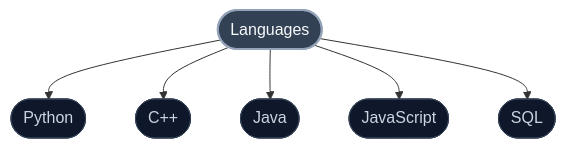
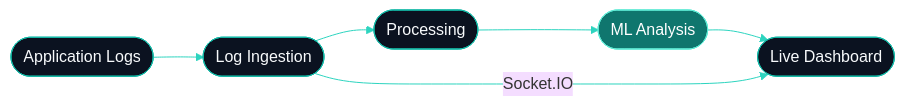
Before and after one commit to Rockyyy2312/Rockyyy2312: the first of 2 diagrams in README.md, drawn with Mermaid. The commit also changed other lines of this file, not shown here.

````diff
--- a/README.md
+++ b/README.md
@@ -55,15 +38,10 @@
 ```mermaid
-graph TD
-    R(["Languages"])
-    R --> N0(["Python"])
-    R --> N1(["C++"])
-    R --> N2(["Java"])
-    R --> N3(["JavaScript"])
-    R --> N4(["SQL"])
-    class R root
-    class N0,N1,N2,N3,N4 leaf
-    classDef root fill:#334155,stroke:#94a3b8,color:#f8fafc,stroke-width:2px
-    classDef l1 fill:#1e293b,stroke:#64748b,color:#f8fafc
-    classDef l2 fill:#0f172a,stroke:#475569,color:#e2e8f0
-    classDef leaf fill:#0f172a,stroke:#334155,color:#cbd5e1
+%%{init: {'theme':'base','themeVariables':{'fontFamily':'Segoe UI, Arial, sans-serif','lineColor':'#2dd4bf'},'flowchart':{'curve':'basis'}}}%%
+flowchart LR
+    A(["Application Logs"]) --> B(["Log Ingestion"]) --> C(["Processing"]) --> D(["ML Analysis"]) --> E(["Live Dashboard"])
+    B -->|"Socket.IO"| E
+    classDef n fill:#0b1220,stroke:#14b8a6,color:#f8fafc
+    classDef ml fill:#0f766e,stroke:#5eead4,color:#ffffff
+    class A,B,C,E n
+    class D ml
 ```
````
